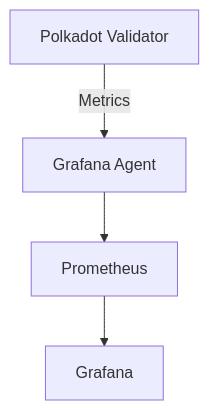
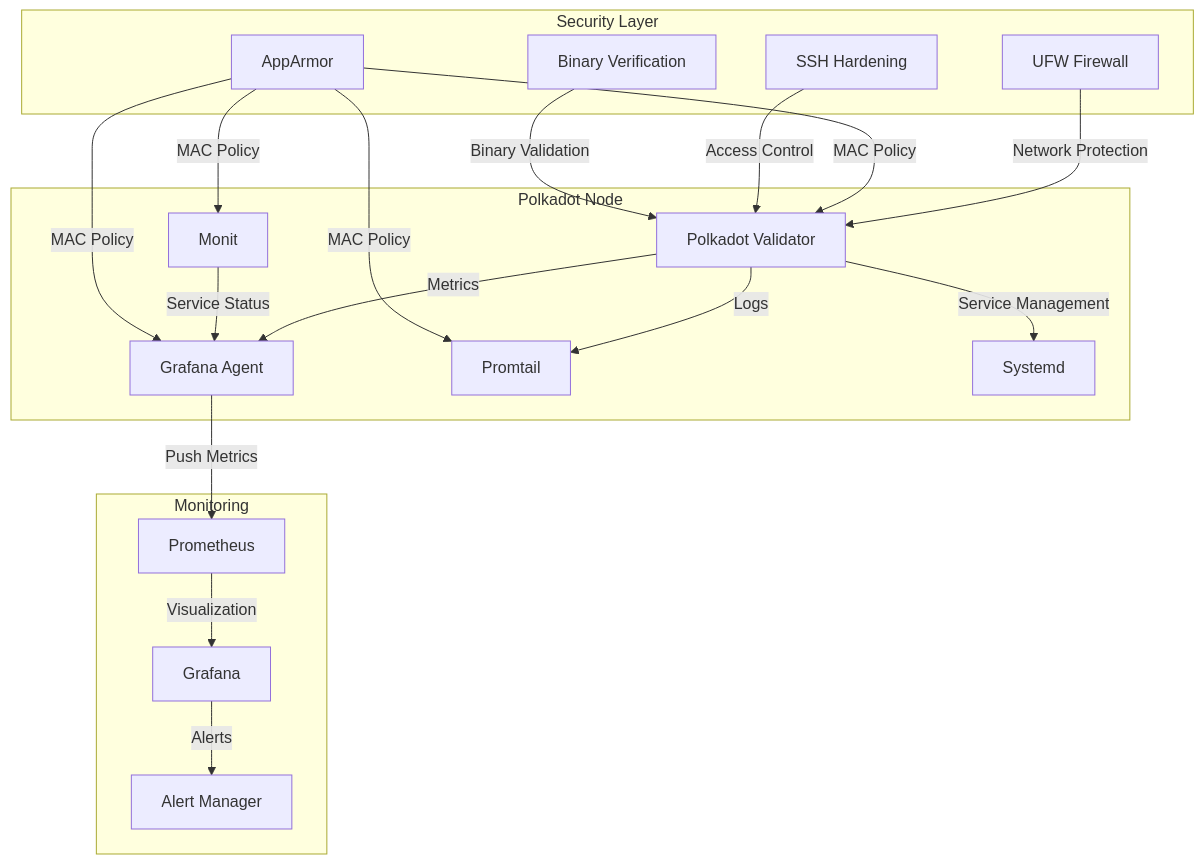
Before and after one commit to pampatzoglou/provision-validators: the first of 2 diagrams in roles/polkadot/README.md, drawn with Mermaid. The commit also changed other lines of this file and 2 other files, not shown here.

````diff
--- a/roles/polkadot/README.md
+++ b/roles/polkadot/README.md
@@ -7,6 +7,30 @@
 ```mermaid
 graph TD
-    A[Polkadot Validator] --> |Metrics| B[Grafana Agent]
-    B --> C[Prometheus]
-    C --> D[Grafana]
+    subgraph Polkadot Node
+        A[Polkadot Validator] --> |Metrics| B[Grafana Agent]
+        A --> |Logs| C[Promtail]
+        A --> |Service Management| D[Systemd]
+        E[Monit] --> |Service Status| B
+    end
+
+    subgraph Security Layer
+        F[UFW Firewall]
+        G[AppArmor]
+        H[SSH Hardening]
+        I[Binary Verification]
+    end
+
+    subgraph Monitoring
+        B --> |Push Metrics| J[Prometheus]
+        J --> |Visualization| K[Grafana]
+        K --> |Alerts| L[Alert Manager]
+    end
+
+    F --> |Network Protection| A
+    G --> |MAC Policy| A
+    G --> |MAC Policy| B
+    G --> |MAC Policy| C
+    G --> |MAC Policy| E
+    H --> |Access Control| A
+    I --> |Binary Validation| A
 ```
````
